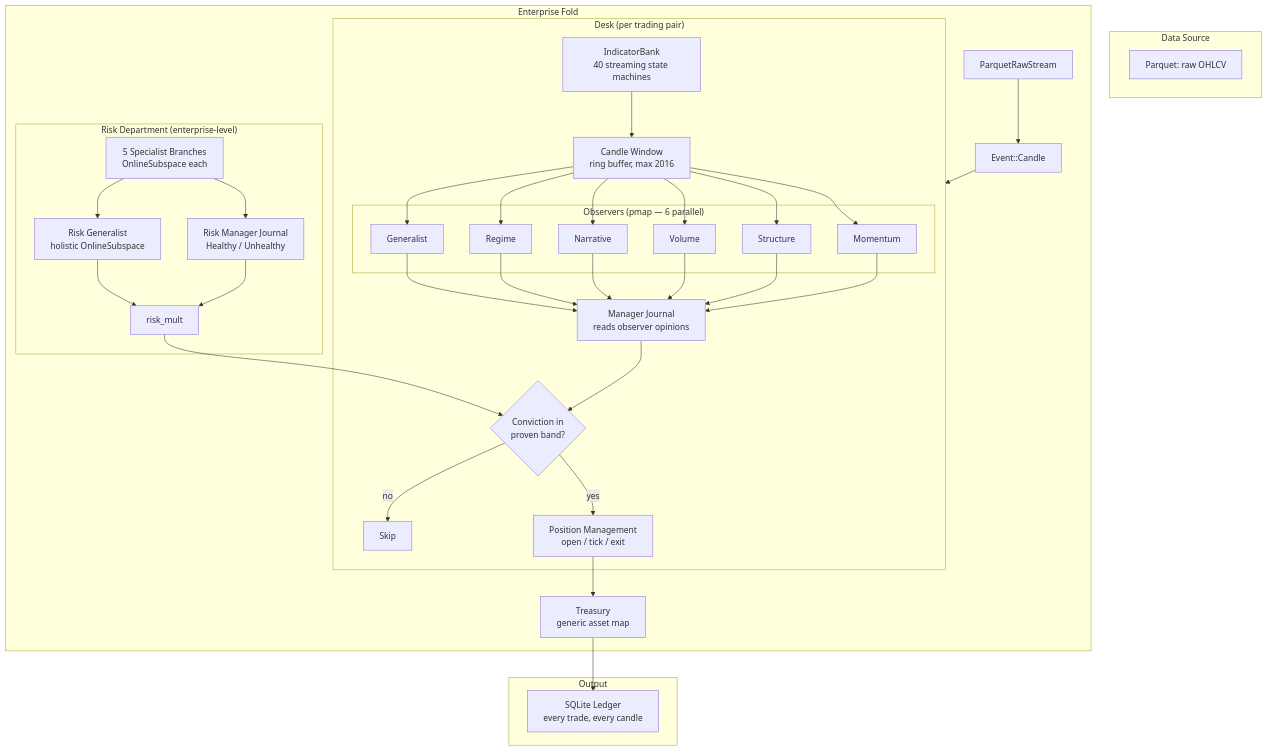
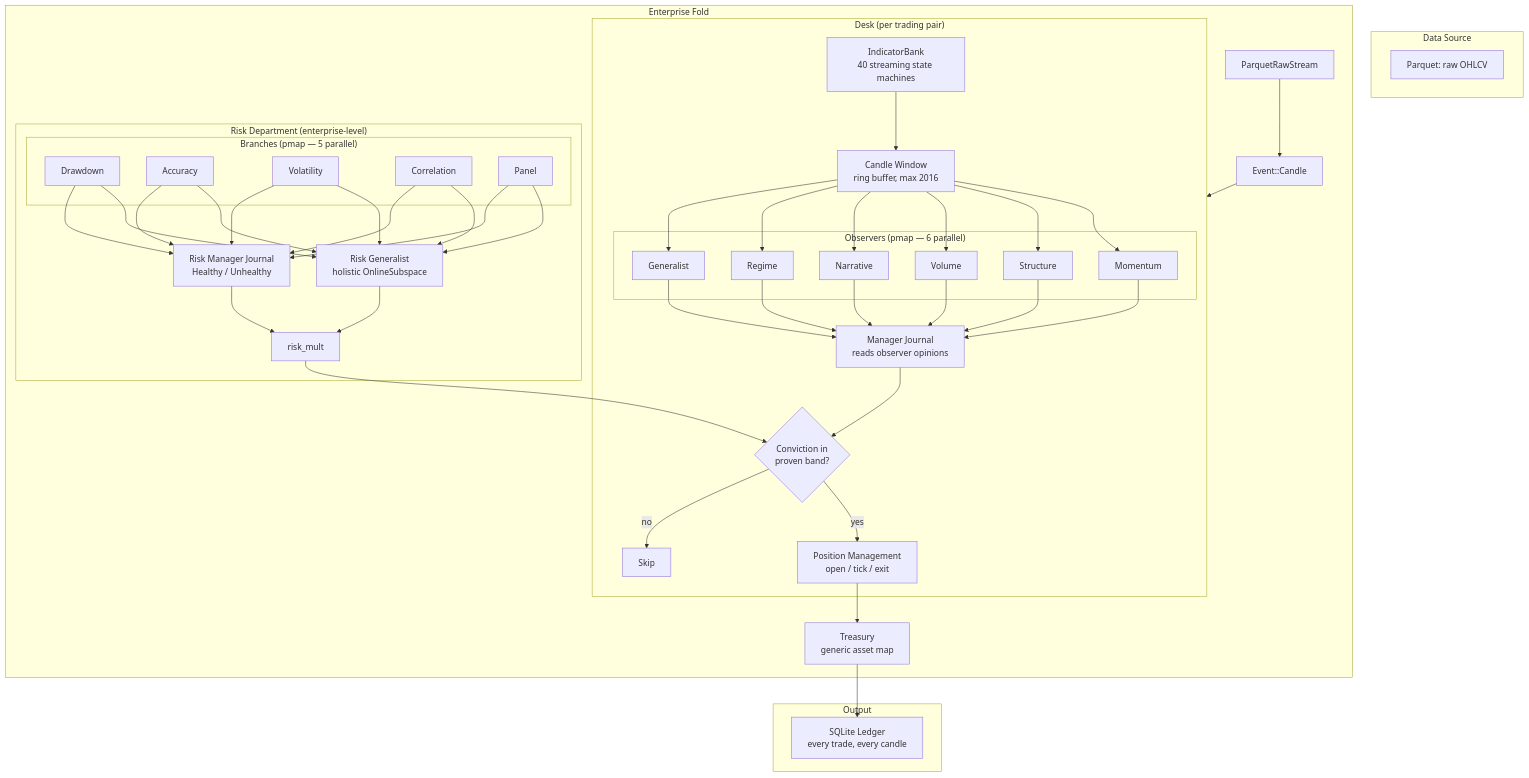
Before and after one commit to watmin/holon-lab-trading: the diagram in README.md, drawn with Mermaid. The commit also changed other lines of this file, not shown here.

Commit message:
docs: README shows risk pmap + 7 parallel sites + desk N
Risk department diagram shows 5 named branches in pmap subgraph.
Parallelism table updated: 7 sites (4 observer + 2 risk + 1 desk).
Desk iteration listed as pmap over N desks (1 today, N when multi-asset).

````diff
--- a/README.md
+++ b/README.md
@@ -11,44 +11,51 @@
 ```mermaid
 graph TD
     subgraph "Data Source"
         PQ[Parquet: raw OHLCV]
     end
 
     subgraph "Enterprise Fold"
         STREAM[ParquetRawStream] --> EVENT[Event::Candle]
         EVENT --> DESK
 
         subgraph DESK["Desk (per trading pair)"]
             IND[IndicatorBank<br/>40 streaming state machines] --> WINDOW[Candle Window<br/>ring buffer, max 2016]
 
             subgraph "Observers (pmap — 6 parallel)"
                 MOM[Momentum]
                 STR[Structure]
                 VOL[Volume]
                 NAR[Narrative]
                 REG[Regime]
                 GEN[Generalist]
             end
 
             WINDOW --> MOM & STR & VOL & NAR & REG & GEN
 
             MOM & STR & VOL & NAR & REG & GEN --> MGR[Manager Journal<br/>reads observer opinions]
             MGR --> CONV{Conviction in<br/>proven band?}
             CONV -->|yes| POS[Position Management<br/>open / tick / exit]
             CONV -->|no| SKIP[Skip]
         end
 
         subgraph "Risk Department (enterprise-level)"
-            RB[5 Specialist Branches<br/>OnlineSubspace each] --> RMGR[Risk Manager Journal<br/>Healthy / Unhealthy]
-            RB --> RGEN[Risk Generalist<br/>holistic OnlineSubspace]
+            subgraph "Branches (pmap — 5 parallel)"
+                DD[Drawdown]
+                ACC[Accuracy]
+                VOLR[Volatility]
+                CORR[Correlation]
+                PAN[Panel]
+            end
+            DD & ACC & VOLR & CORR & PAN --> RGEN[Risk Generalist<br/>holistic OnlineSubspace]
+            DD & ACC & VOLR & CORR & PAN --> RMGR[Risk Manager Journal<br/>Healthy / Unhealthy]
             RMGR & RGEN --> RMULT[risk_mult]
         end
 
         RMULT --> CONV
         POS --> TREASURY[Treasury<br/>generic asset map]
     end
 
     subgraph "Output"
         TREASURY --> LEDGER[SQLite Ledger<br/>every trade, every candle]
     end
 ```
````
